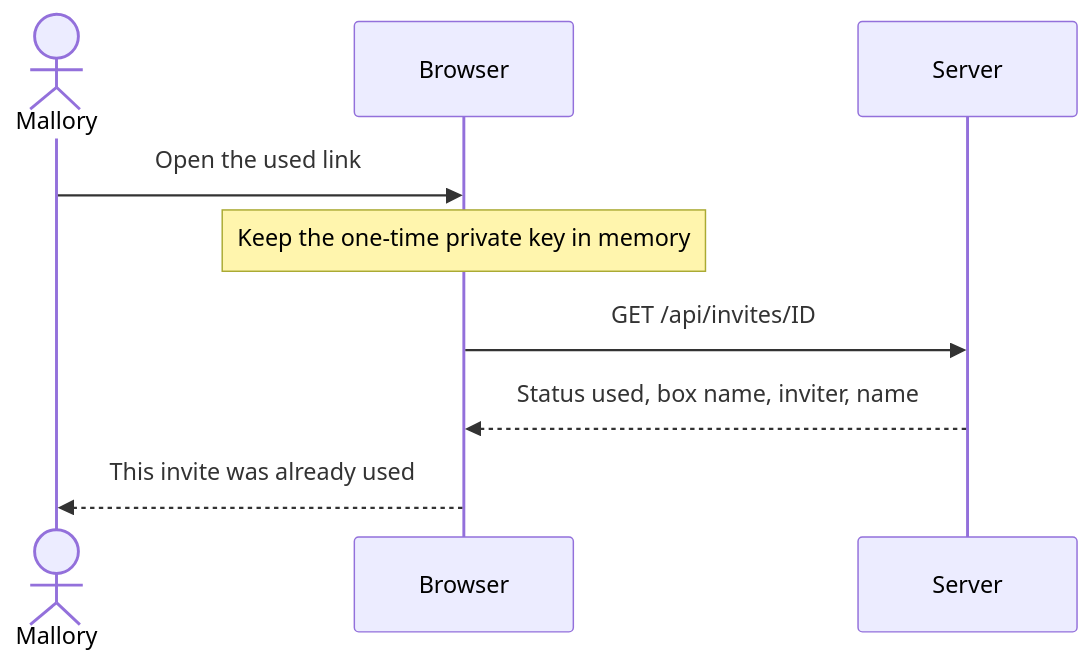
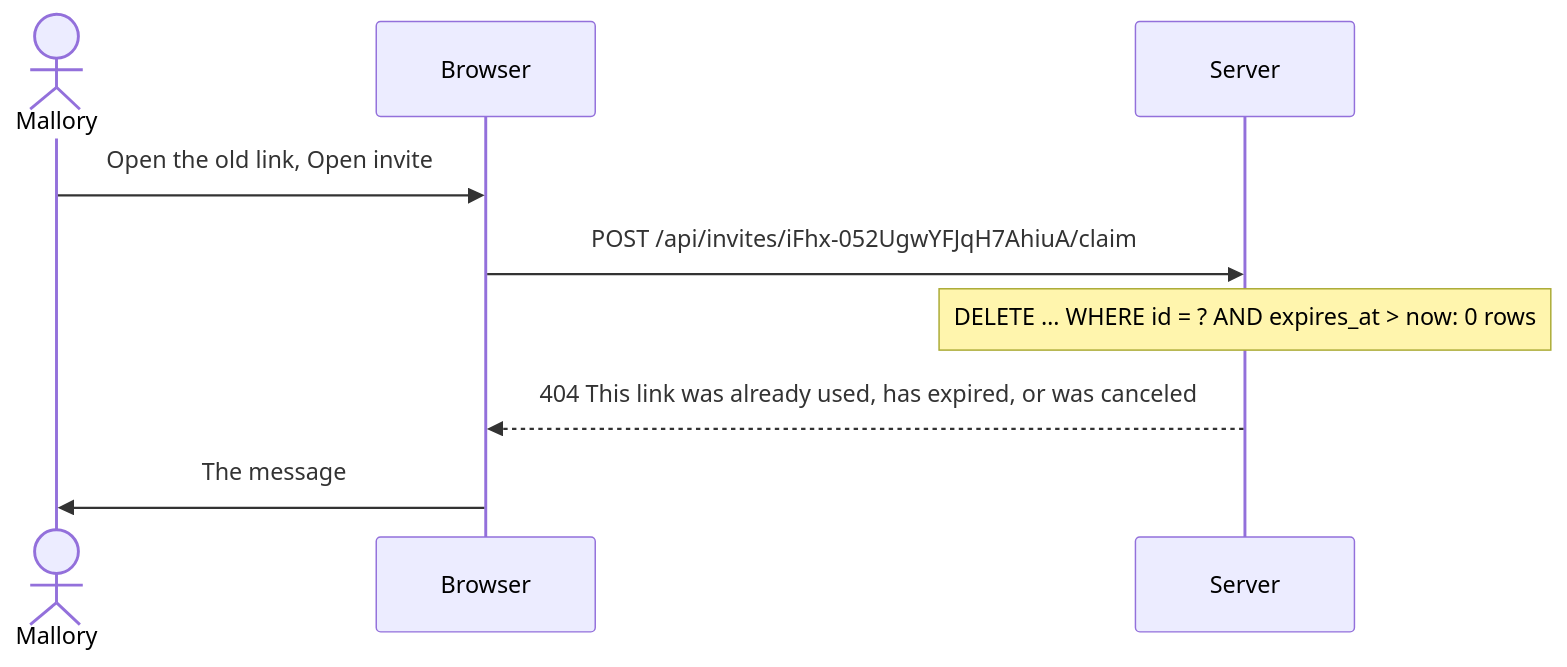
One commit to intaniger/secretbox changed the first of 2 diagrams in docs/06-invite-expired-or-reused.md. Above: the diagram before and after it, drawn with Mermaid. The commit also changed other lines of this file and 30 other files, not shown here.

First line of the commit message:
No accounts: one passkey per box, four tables

````diff
--- a/docs/06-invite-expired-or-reused.md
+++ b/docs/06-invite-expired-or-reused.md
@@ -35,11 +29,11 @@
 ```mermaid
 sequenceDiagram
   actor M as Mallory
   participant B as Browser
   participant S as Server
-  M->>B: Open the used link
-  Note over B: Keep the one-time private key in memory
-  B->>S: GET /api/invites/ID
-  S-->>B: Status used, box name, inviter, name
-  B-->>M: This invite was already used
+  M->>B: Open the old link, Open invite
+  B->>S: POST /api/invites/iFhx-052UgwYFJqH7AhiuA/claim
+  Note over S: DELETE … WHERE id = ? AND expires_at > now: 0 rows
+  S-->>B: 404 This link was already used, has expired, or was canceled
+  B->>M: The message
 ```
````
